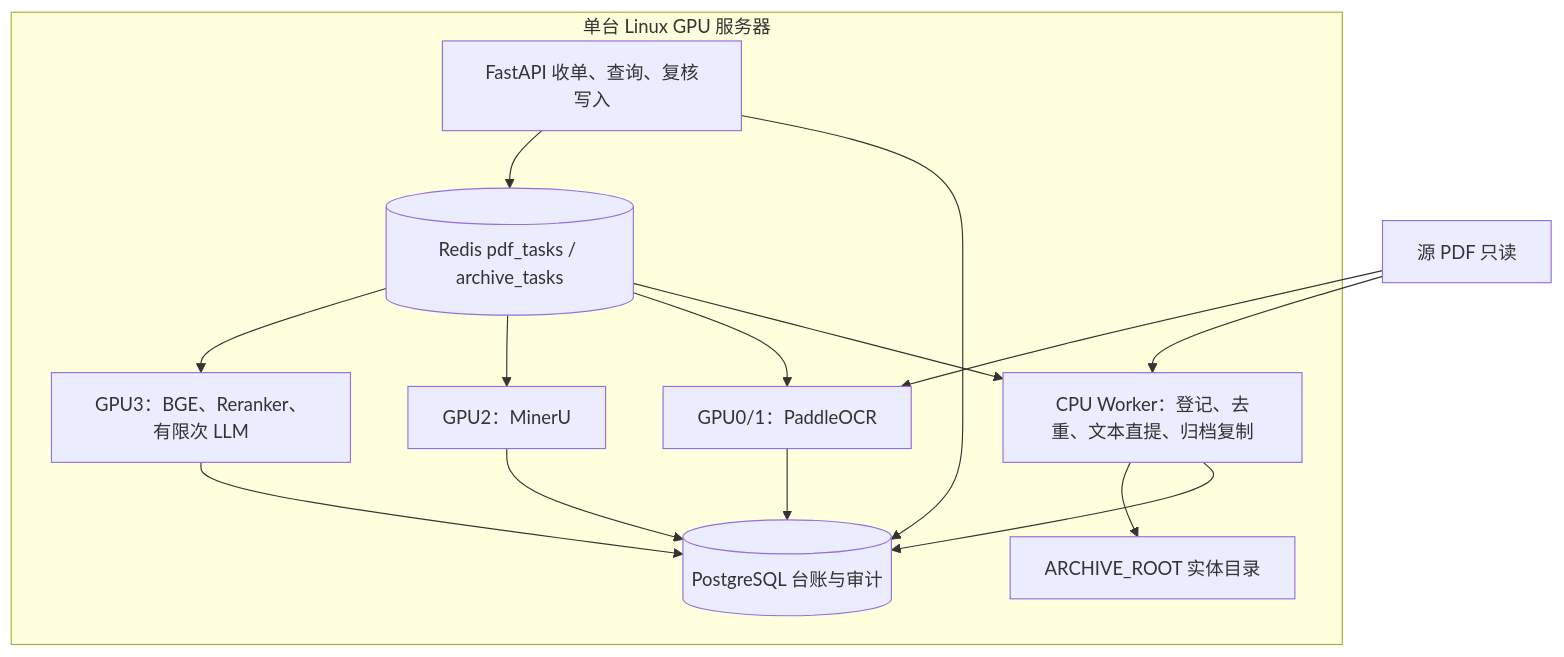
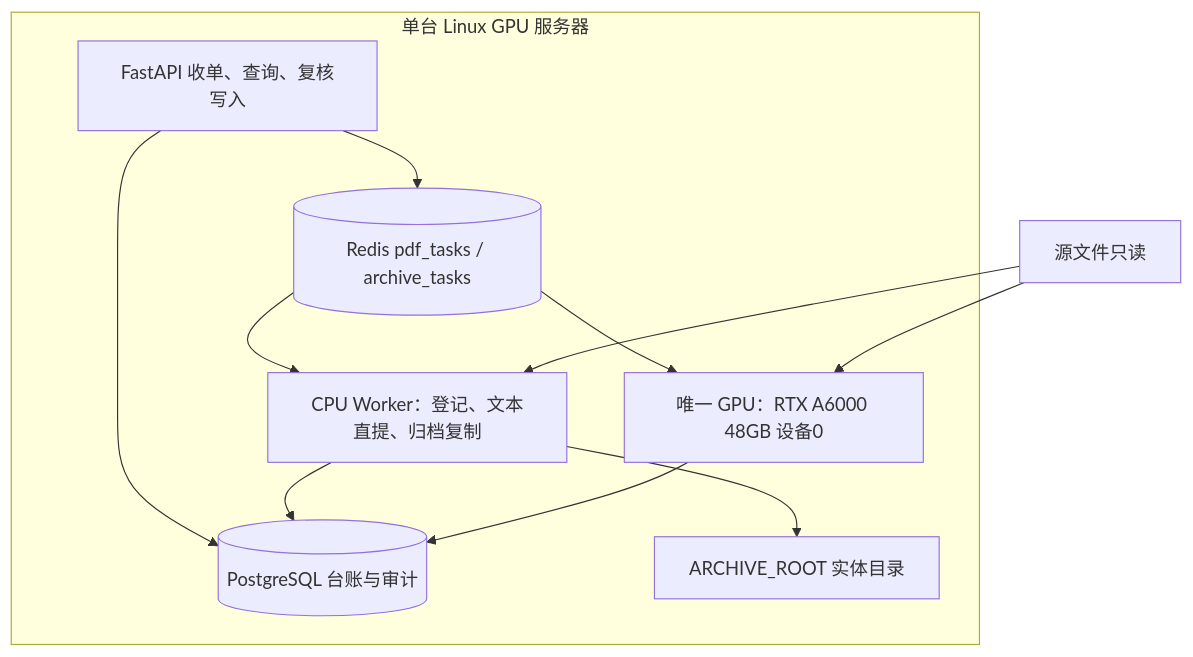
The first of 4 diagrams in docs/阶段一_系统总体架构模块与接口详细设计_V3.md (The-sky1234/pdf-classification-9m), drawn with Mermaid before and after one commit. The commit also changed other lines of this file and 62 other files, not shown here.

````diff
--- a/docs/阶段一_系统总体架构模块与接口详细设计_V3.md
+++ b/docs/阶段一_系统总体架构模块与接口详细设计_V3.md
@@ -46,21 +46,17 @@
 ```mermaid
 flowchart TB
     subgraph box [单台 Linux GPU 服务器]
         API[FastAPI 收单、查询、复核写入]
         PG[(PostgreSQL 台账与审计)]
         RD[(Redis pdf_tasks / archive_tasks)]
         API --> PG
         API --> RD
-        RD --> CPU[CPU Worker：登记、去重、文本直提、归档复制]
-        RD --> G01[GPU0/1：PaddleOCR]
-        RD --> G2[GPU2：MinerU]
-        RD --> G3[GPU3：BGE、Reranker、有限次 LLM]
+        RD --> CPU[CPU Worker：登记、文本直提、归档复制]
+        RD --> GPU[唯一 GPU：RTX A6000 48GB 设备0]
         CPU --> PG
-        G01 --> PG
-        G2 --> PG
-        G3 --> PG
+        GPU --> PG
         CPU --> DST[ARCHIVE_ROOT 实体目录]
     end
-    SRC[源 PDF 只读] --> CPU
-    SRC --> G01
+    SRC[源文件只读] --> CPU
+    SRC --> GPU
 ```
````
